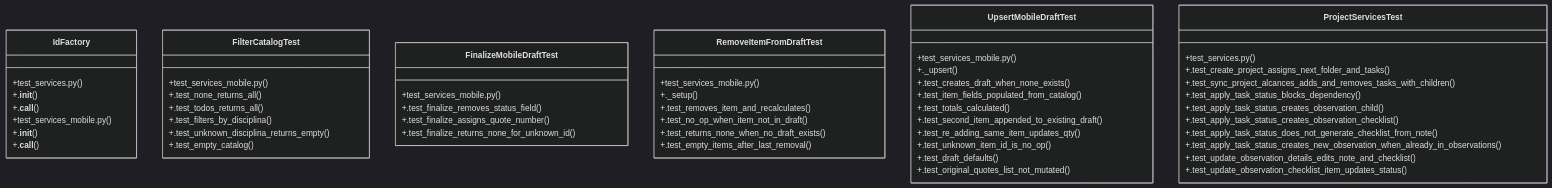
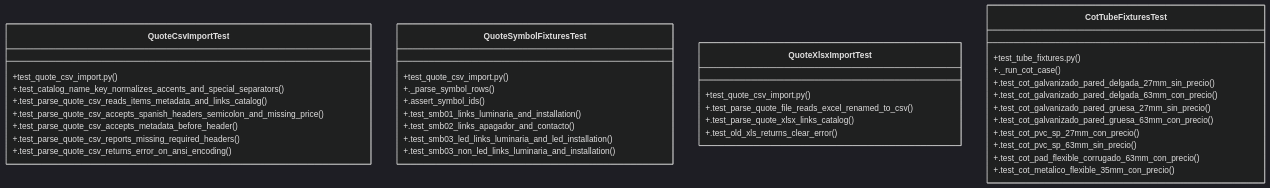
The diagram in graphify-out/wiki/Community_6.md (Daftrick/ProjectTracker), drawn with Mermaid (dark theme) before and after one commit. The commit also changed other lines of this file and 419 other files, not shown here.

````diff
--- a/graphify-out/wiki/Community_6.md
+++ b/graphify-out/wiki/Community_6.md
@@ -36,59 +36,39 @@
 ```mermaid
 classDiagram
-    class IdFactory {
-        +test_services.py()
-        +.__init__()
-        +.__call__()
+    class QuoteCsvImportTest {
+        +test_quote_csv_import.py()
+        +.test_catalog_name_key_normalizes_accents_and_special_separators()
+        +.test_parse_quote_csv_reads_items_metadata_and_links_catalog()
+        +.test_parse_quote_csv_accepts_spanish_headers_semicolon_and_missing_price()
+        +.test_parse_quote_csv_accepts_metadata_before_header()
+        +.test_parse_quote_csv_reports_missing_required_headers()
+        +.test_parse_quote_csv_returns_error_on_ansi_encoding()
     }
-    class FilterCatalogTest {
-        +test_services_mobile.py()
-        +.test_none_returns_all()
-        +.test_todos_returns_all()
-        +.test_filters_by_disciplina()
-        +.test_unknown_disciplina_returns_empty()
-        +.test_empty_catalog()
+    class QuoteSymbolFixturesTest {
+        +test_quote_csv_import.py()
+        +._parse_symbol_rows()
+        +.assert_symbol_ids()
+        +.test_smb01_links_luminaria_and_installation()
+        +.test_smb02_links_apagador_and_contacto()
+        +.test_smb03_led_links_luminaria_and_led_installation()
+        +.test_smb03_non_led_links_luminaria_and_installation()
     }
-    class FinalizeMobileDraftTest {
-        +test_services_mobile.py()
-        +.test_finalize_removes_status_field()
-        +.test_finalize_assigns_quote_number()
-        +.test_finalize_returns_none_for_unknown_id()
+    class QuoteXlsxImportTest {
+        +test_quote_csv_import.py()
+        +.test_parse_quote_file_reads_excel_renamed_to_csv()
+        +.test_parse_quote_xlsx_links_catalog()
+        +.test_old_xls_returns_clear_error()
     }
-    class IdFactory {
-        +test_services_mobile.py()
-        +.__init__()
-        +.__call__()
-    }
-    class RemoveItemFromDraftTest {
-        +test_services_mobile.py()
-        +._setup()
-        +.test_removes_item_and_recalculates()
-        +.test_no_op_when_item_not_in_draft()
-        +.test_returns_none_when_no_draft_exists()
-        +.test_empty_items_after_last_removal()
-    }
-    class UpsertMobileDraftTest {
-        +test_services_mobile.py()
-        +._upsert()
-        +.test_creates_draft_when_none_exists()
-        +.test_item_fields_populated_from_catalog()
-        +.test_totals_calculated()
-        +.test_second_item_appended_to_existing_draft()
-        +.test_re_adding_same_item_updates_qty()
-        +.test_unknown_item_id_is_no_op()
-        +.test_draft_defaults()
-        +.test_original_quotes_list_not_mutated()
-    }
-    class ProjectServicesTest {
-        +test_services.py()
-        +.test_create_project_assigns_next_folder_and_tasks()
-        +.test_sync_project_alcances_adds_and_removes_tasks_with_children()
-        +.test_apply_task_status_blocks_dependency()
-        +.test_apply_task_status_creates_observation_child()
-        +.test_apply_task_status_creates_observation_checklist()
-        +.test_apply_task_status_does_not_generate_checklist_from_note()
-        +.test_apply_task_status_creates_new_observation_when_already_in_observations()
-        +.test_update_observation_details_edits_note_and_checklist()
-        +.test_update_observation_checklist_item_updates_status()
+    class CotTubeFixturesTest {
+        +test_tube_fixtures.py()
+        +._run_cot_case()
+        +.test_cot_galvanizado_pared_delgada_27mm_sin_precio()
+        +.test_cot_galvanizado_pared_delgada_63mm_con_precio()
+        +.test_cot_galvanizado_pared_gruesa_27mm_sin_precio()
+        +.test_cot_galvanizado_pared_gruesa_63mm_con_precio()
+        +.test_cot_pvc_sp_27mm_con_precio()
+        +.test_cot_pvc_sp_63mm_sin_precio()
+        +.test_cot_pad_flexible_corrugado_63mm_con_precio()
+        +.test_cot_metalico_flexible_35mm_con_precio()
     }
 ```
````
